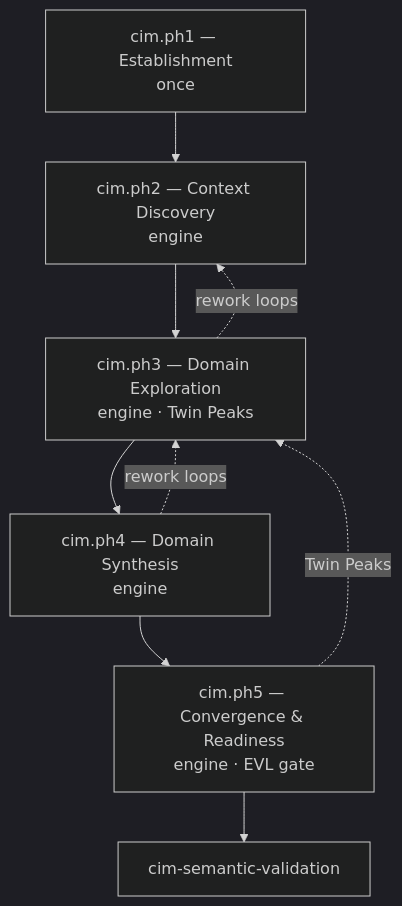
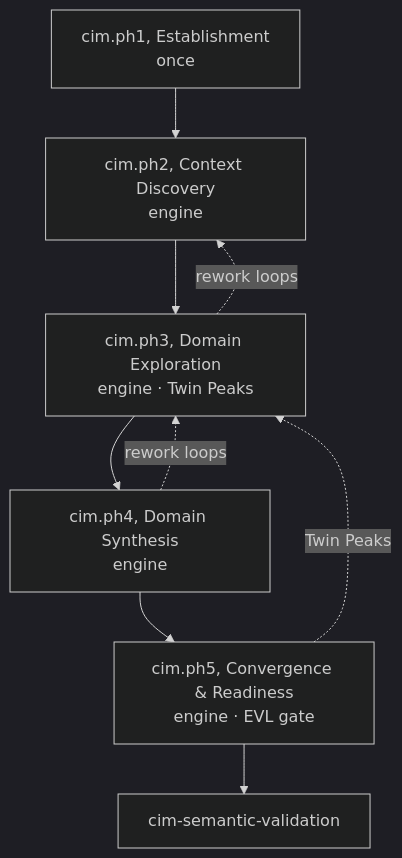
The first of 2 diagrams in docs/diagrams/24-cim-methodology.md (mehdieidi/modriss), drawn with Mermaid (dark theme) before and after one commit. The commit also changed other lines of this file and 123 other files, not shown here.

````diff
--- a/docs/diagrams/24-cim-methodology.md
+++ b/docs/diagrams/24-cim-methodology.md
@@ -7,14 +7,14 @@
 ```mermaid
 flowchart TB
-    ph1["cim.ph1 — Establishment<br/>once"]
-    ph2["cim.ph2 — Context Discovery<br/>engine"]
-    ph3["cim.ph3 — Domain Exploration<br/>engine · Twin Peaks"]
-    ph4["cim.ph4 — Domain Synthesis<br/>engine"]
-    ph5["cim.ph5 — Convergence & Readiness<br/>engine · EVL gate"]
+    ph1["cim.ph1, Establishment<br/>once"]
+    ph2["cim.ph2, Context Discovery<br/>engine"]
+    ph3["cim.ph3, Domain Exploration<br/>engine · Twin Peaks"]
+    ph4["cim.ph4, Domain Synthesis<br/>engine"]
+    ph5["cim.ph5, Convergence & Readiness<br/>engine · EVL gate"]
     gate["cim-semantic-validation"]
 
     ph1 --> ph2 --> ph3 --> ph4 --> ph5 --> gate
     ph3 -.->|rework loops| ph2
     ph4 -.->|rework loops| ph3
     ph5 -.->|Twin Peaks| ph3
 ```
````
